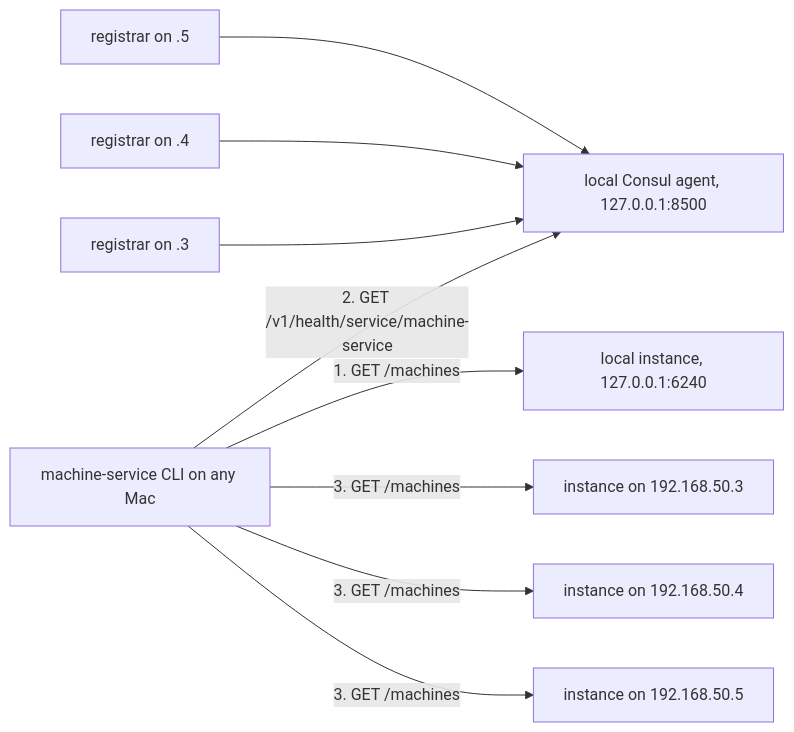
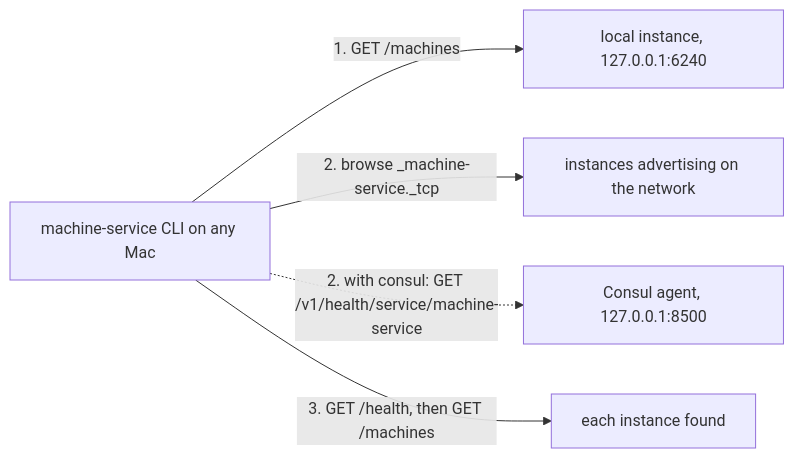
Before and after one commit to WeZZard/vm-service: the diagram in docs/arch/federation.md, drawn with Mermaid. The commit also changed other lines of this file and 8 other files, not shown here.

First line of the commit message:
docs: machine-service discovers itself with Bonjour; Consul is an opt-in switch (DC-84, DC-85)

````diff
--- a/docs/arch/federation.md
+++ b/docs/arch/federation.md
@@ -9,11 +10,7 @@
 ```mermaid
 flowchart LR
     CLI[machine-service CLI on any Mac] -->|1. GET /machines| Local[local instance, 127.0.0.1:6240]
-    CLI -->|2. GET /v1/health/service/machine-service| Consul[local Consul agent, 127.0.0.1:8500]
-    CLI -->|3. GET /machines| I3[instance on 192.168.50.3]
-    CLI -->|3. GET /machines| I4[instance on 192.168.50.4]
-    CLI -->|3. GET /machines| I5[instance on 192.168.50.5]
-    R3[registrar on .3] --> Consul
-    R4[registrar on .4] --> Consul
-    R5[registrar on .5] --> Consul
+    CLI -->|2. browse _machine-service._tcp| LAN[instances advertising on the network]
+    CLI -.->|2. with consul: GET /v1/health/service/machine-service| Consul[Consul agent, 127.0.0.1:8500]
+    CLI -->|3. GET /health, then GET /machines| I[each instance found]
 ```
````
